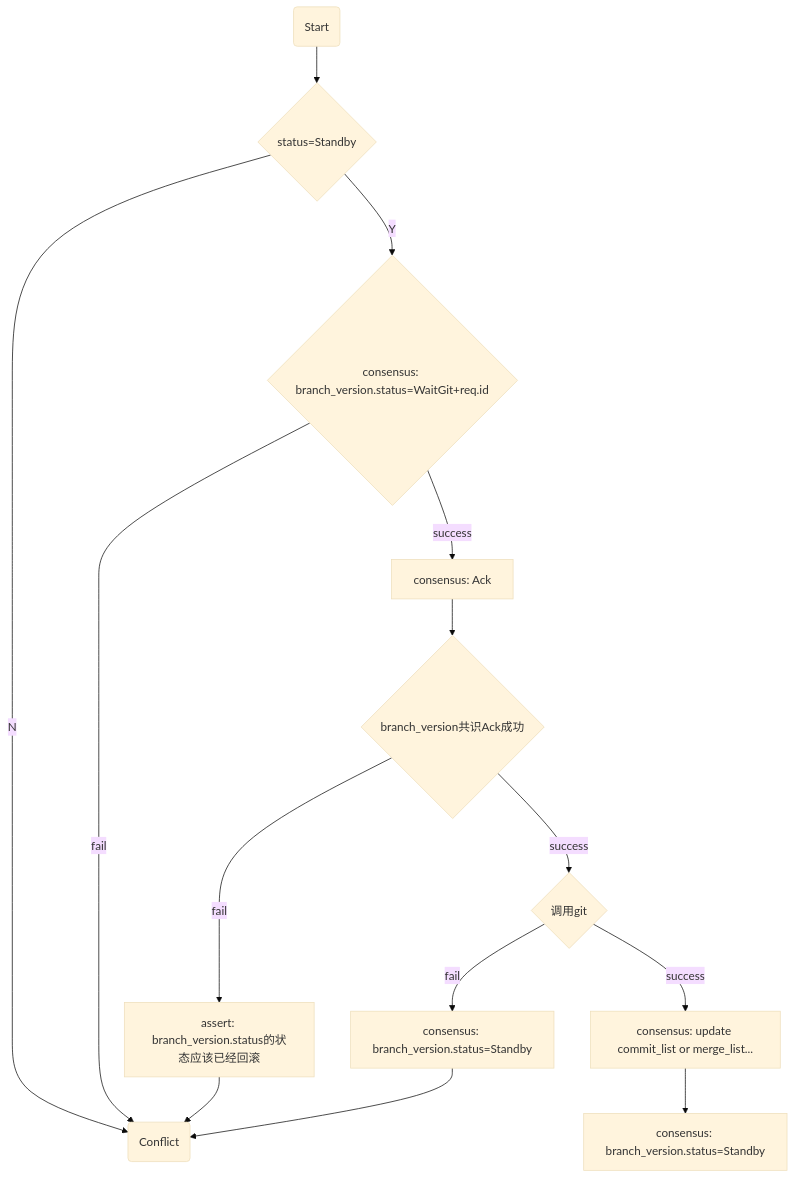
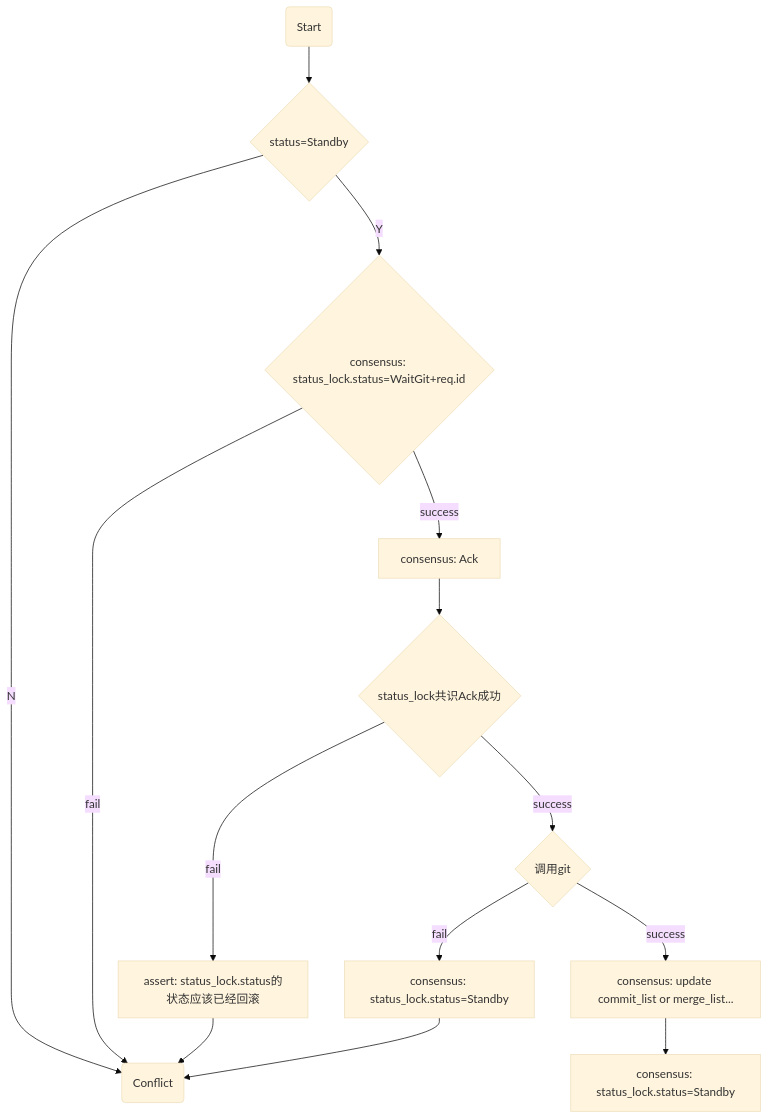
Before and after one commit to buckyos/CodeDAO: the diagram in docs/goto DAO.md, drawn with Mermaid (base theme). The commit also changed other lines of this file and 1 other file, not shown here.

Commit message:
doc: RootState for DAO

````diff
--- a/docs/goto DAO.md
+++ b/docs/goto DAO.md
@@ -95,13 +95,13 @@
 ```mermaid
 graph TB
 Start(Start)-->CheckVersionState{status=Standby}
 CheckVersionState--N-->Conflict(Conflict)
-CheckVersionState--Y-->UpdateVersionStateReq{consensus: branch_version.status=WaitGit+req.id}
+CheckVersionState--Y-->UpdateVersionStateReq{consensus: status_lock.status=WaitGit+req.id}
 --success-->UpdateVersionStateAck[consensus: Ack]
--->VersionSuccessAck{branch_version共识Ack成功}
+-->VersionSuccessAck{status_lock共识Ack成功}
 --success-->Git{调用git}--success-->UpdateOpList[consensus: update commit_list or merge_list...]
--->UpdateVersionStateDoneReq[consensus: branch_version.status=Standby]
+-->UpdateVersionStateDoneReq[consensus: status_lock.status=Standby]
 UpdateVersionStateReq--fail-->Conflict
-VersionSuccessAck--fail-->Rollback[assert: branch_version.status的状态应该已经回滚]-->Conflict
-Git--fail-->UpdateVersionStateDoneReqFail[consensus: branch_version.status=Standby]-->Conflict
+VersionSuccessAck--fail-->Rollback[assert: status_lock.status的状态应该已经回滚]-->Conflict
+Git--fail-->UpdateVersionStateDoneReqFail[consensus: status_lock.status=Standby]-->Conflict
 ```
````
